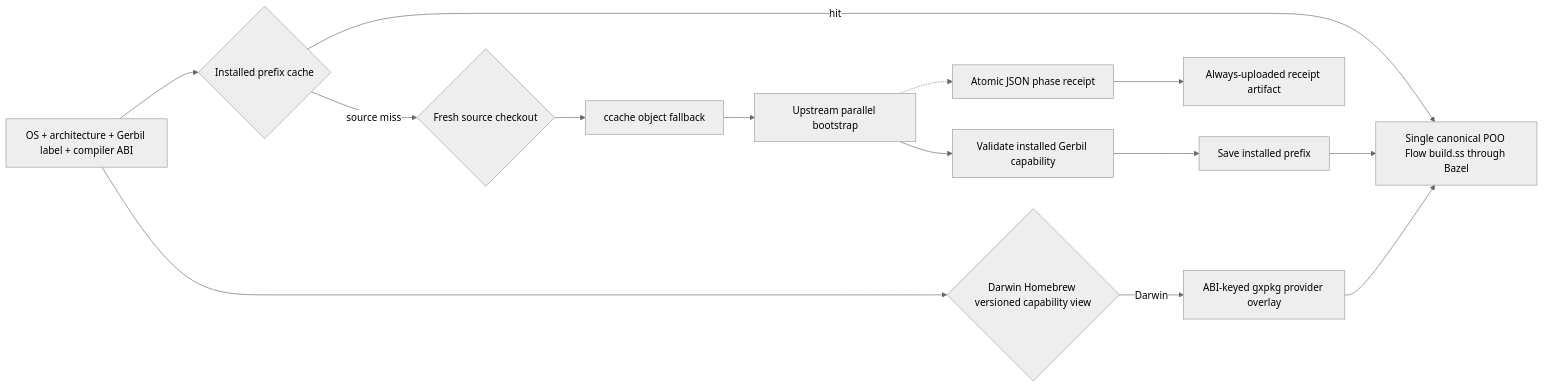
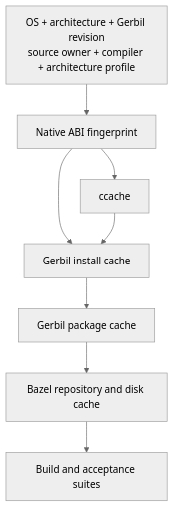
One commit to tao3k/poo-flow changed the second of 2 diagrams in docs/10-19-design/10.06-poo-module-system/148-ci-capability-cache-invariants.org. Above: the diagram before and after it, drawn with Mermaid (neutral theme). The commit also changed other lines of this file and 83 other files, not shown here.

```diff
--- a/docs/10-19-design/10.06-poo-module-system/148-ci-capability-cache-invariants.org
+++ b/docs/10-19-design/10.06-poo-module-system/148-ci-capability-cache-invariants.org
@@ -144,29 +107,18 @@
 #+begin_src mermaid
-flowchart LR
-  Key["OS + architecture + Gerbil label + compiler ABI"]
-  Install{"Installed prefix cache"}
-  Source{"Fresh source checkout"}
-  Homebrew{"Darwin Homebrew versioned capability view"}
-  Provider["ABI-keyed gxpkg provider overlay"]
-  Objects["ccache object fallback"]
-  Bootstrap["Upstream parallel bootstrap"]
-  Phase["Atomic JSON phase receipt"]
-  Artifact["Always-uploaded receipt artifact"]
-  Validate["Validate installed Gerbil capability"]
-  SaveInstall["Save installed prefix"]
-  Project["Single canonical POO Flow build.ss through Bazel"]
+flowchart TD
+  Inputs["OS + architecture + Gerbil revision<br/>source owner + compiler + architecture profile"]
+  ABI["Native ABI fingerprint"]
+  Bootstrap["Gerbil install cache"]
+  CompilerCache["ccache"]
+  Packages["Gerbil package cache"]
+  Bazel["Bazel repository and disk cache"]
+  Acceptance["Build and acceptance suites"]
 
-  Key --> Install
-  Install -->|hit| Project
-  Install -->|source miss| Source
-  Source --> Objects
-  Objects --> Bootstrap
-  Bootstrap -.-> Phase
-  Phase --> Artifact
-  Bootstrap --> Validate
-  Validate --> SaveInstall
-  SaveInstall --> Project
-  Key --> Homebrew
-  Homebrew -->|Darwin| Provider
-  Provider --> Project
+  Inputs --> ABI
+  ABI --> Bootstrap
+  ABI --> CompilerCache
+  Bootstrap --> Packages
+  CompilerCache --> Bootstrap
+  Packages --> Bazel
+  Bazel --> Acceptance
 #+end_src
```
